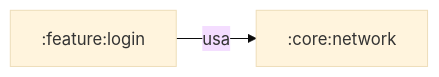
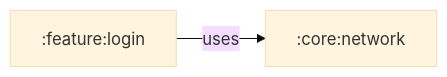
Before and after one commit to pfranccino/android-module-map: the second of 2 diagrams in examples/core-network.md, drawn with Mermaid (base theme). The commit also changed other lines of this file and 13 other files, not shown here.

````diff
--- a/examples/core-network.md
+++ b/examples/core-network.md
@@ -30,5 +30,5 @@
 ```mermaid
 graph LR
     n0[":core:network"]
-    n1[":feature:login"] -->|usa| n0
+    n1[":feature:login"] -->|uses| n0
 ```
````
